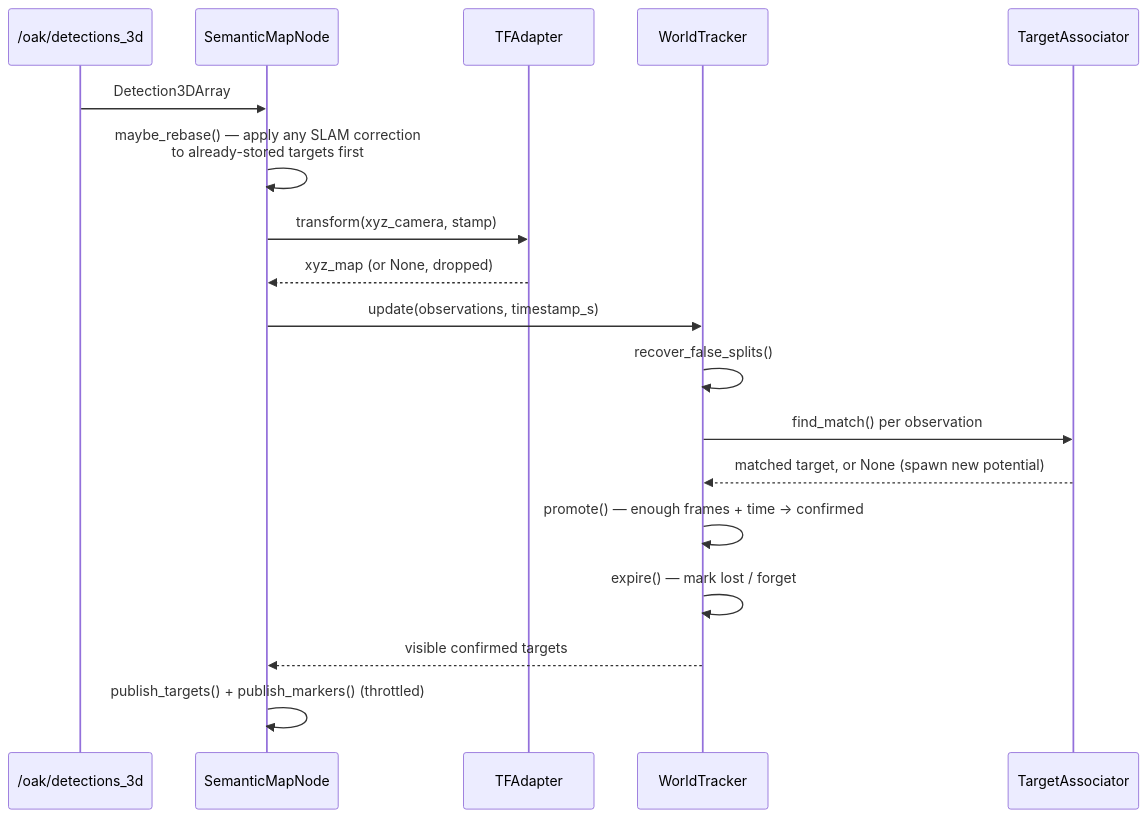
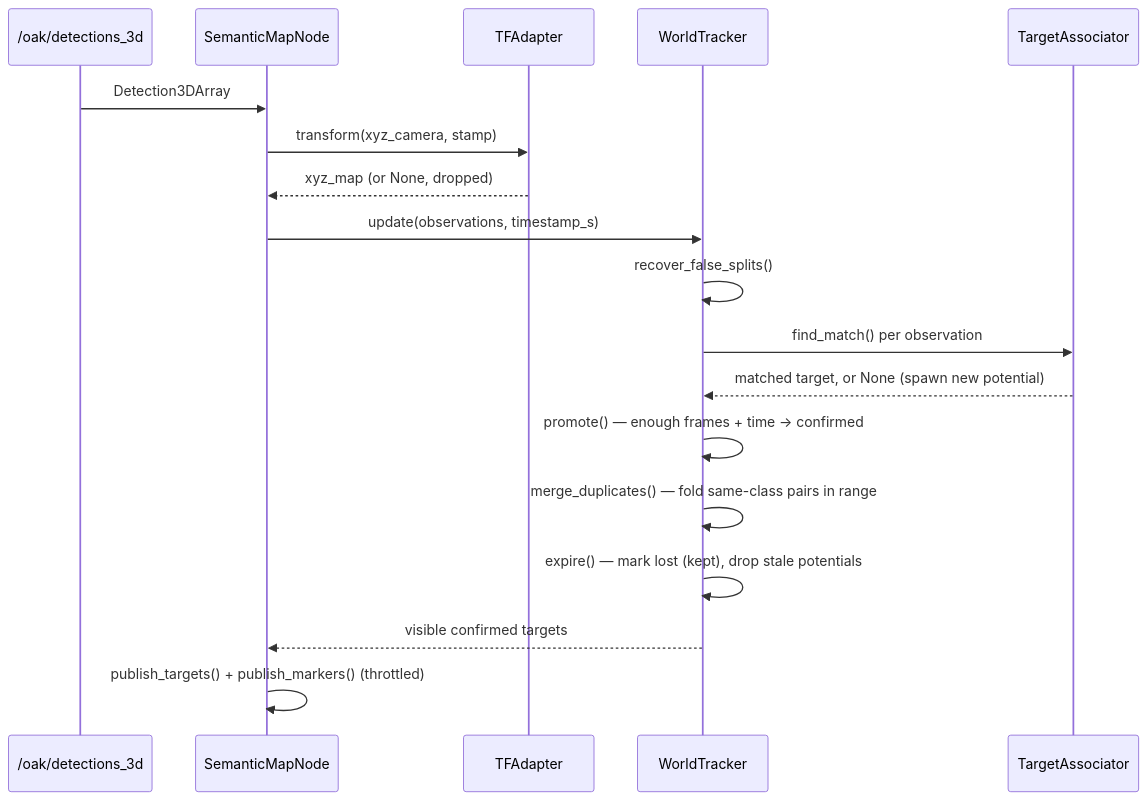
Before and after one commit to Boston-Robot-Hackers/dome_semantic: the second of 2 diagrams in process/01-literate/00-overview.md, drawn with Mermaid. The commit also changed other lines of this file and 25 other files, not shown here.

First line of the commit message:
feat(F36): stable targets — no re-basing, 0.4 m can radius, merge pass, keep lost

````diff
--- a/process/01-literate/00-overview.md
+++ b/process/01-literate/00-overview.md
@@ -116,21 +125,21 @@
 ```mermaid
 sequenceDiagram
     participant Cam as /oak/detections_3d
     participant Node as SemanticMapNode
     participant TF as TFAdapter
     participant Tracker as WorldTracker
     participant Assoc as TargetAssociator
 
     Cam->>Node: Detection3DArray
-    Node->>Node: maybe_rebase() — apply any SLAM correction<br/>to already-stored targets first
     Node->>TF: transform(xyz_camera, stamp)
     TF-->>Node: xyz_map (or None, dropped)
     Node->>Tracker: update(observations, timestamp_s)
     Tracker->>Tracker: recover_false_splits()
     Tracker->>Assoc: find_match() per observation
     Assoc-->>Tracker: matched target, or None (spawn new potential)
     Tracker->>Tracker: promote() — enough frames + time -> confirmed
-    Tracker->>Tracker: expire() — mark lost / forget
+    Tracker->>Tracker: merge_duplicates() — fold same-class pairs in range
+    Tracker->>Tracker: expire() — mark lost (kept), drop stale potentials
     Tracker-->>Node: visible confirmed targets
     Node->>Node: publish_targets() + publish_markers() (throttled)
 ```
````
